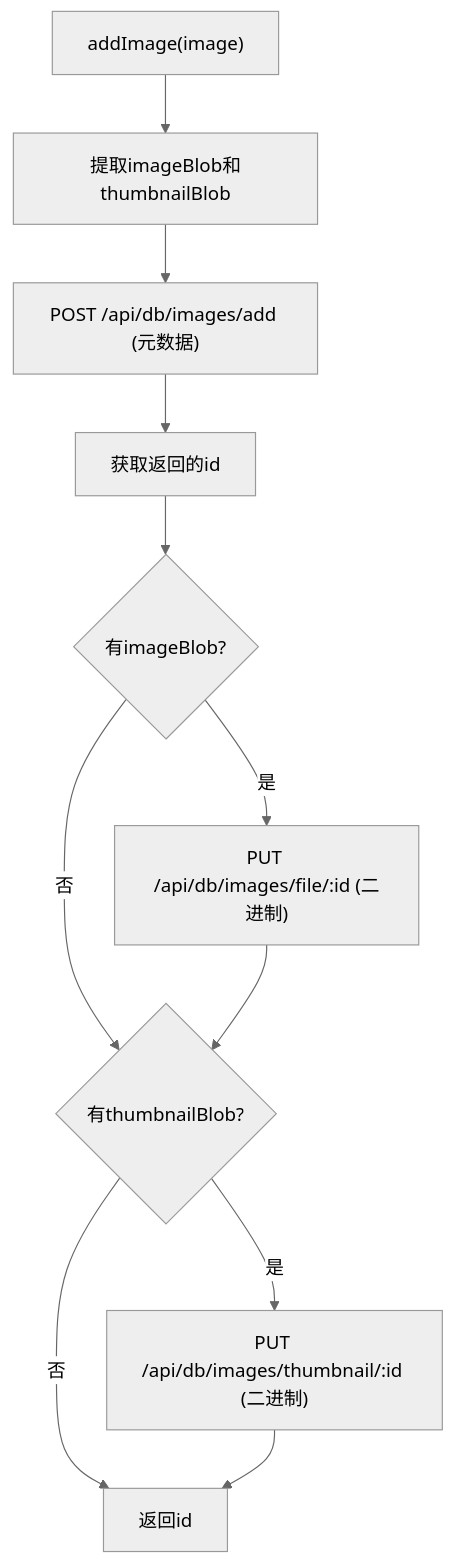
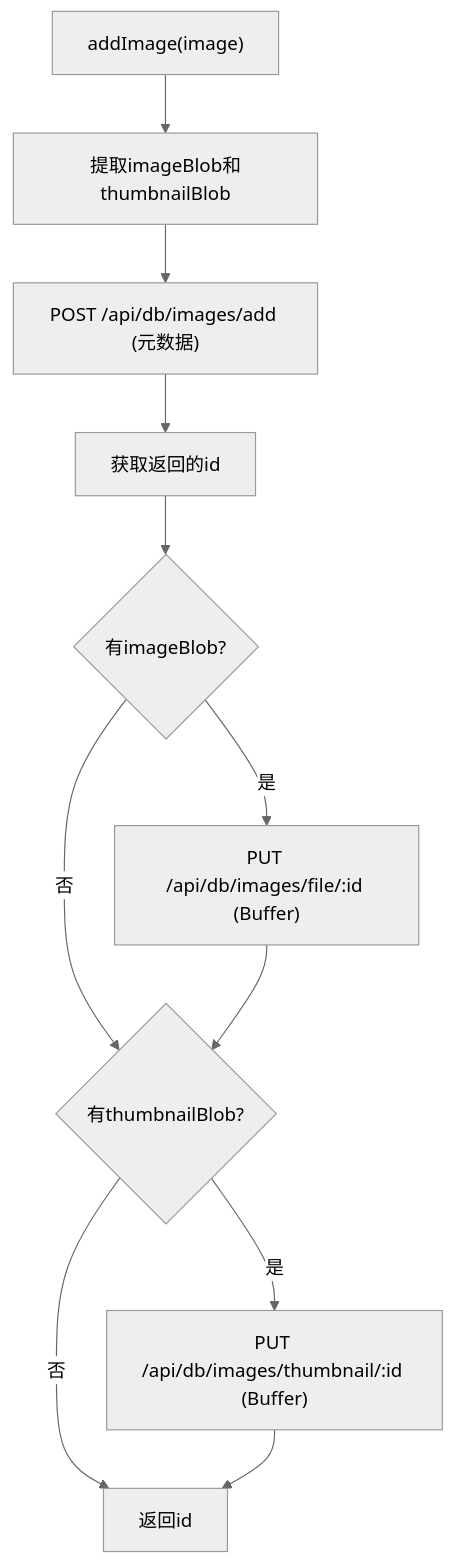
Before and after one commit to AlbusWei/AI-Image-Studio: the seventh of 14 diagrams in .qoder/repowiki/zh/content/架构设计/Electron 桌面应用架构.md, drawn with Mermaid (neutral theme). The commit also changed other lines of this file and 26 other files, not shown here.

Commit message:
fix: 修复 Gallery 图片显示 broken image 问题

````diff
--- a/.qoder/repowiki/zh/content/架构设计/Electron 桌面应用架构.md
+++ b/.qoder/repowiki/zh/content/架构设计/Electron 桌面应用架构.md
@@ -404,13 +456,13 @@
 ```mermaid
 flowchart TD
 AddImage["addImage(image)"] --> Extract["提取imageBlob和thumbnailBlob"]
 Extract --> Step1["POST /api/db/images/add (元数据)"]
 Step1 --> GetID["获取返回的id"]
 GetID --> CheckBlob{"有imageBlob?"}
-CheckBlob --> |是| UploadFile["PUT /api/db/images/file/:id (二进制)"]
+CheckBlob --> |是| UploadFile["PUT /api/db/images/file/:id (Buffer)"]
 CheckBlob --> |否| CheckThumb{"有thumbnailBlob?"}
 UploadFile --> CheckThumb
-CheckThumb --> |是| UploadThumb["PUT /api/db/images/thumbnail/:id (二进制)"]
+CheckThumb --> |是| UploadThumb["PUT /api/db/images/thumbnail/:id (Buffer)"]
 CheckThumb --> |否| ReturnID["返回id"]
 UploadThumb --> ReturnID
 ```
````
